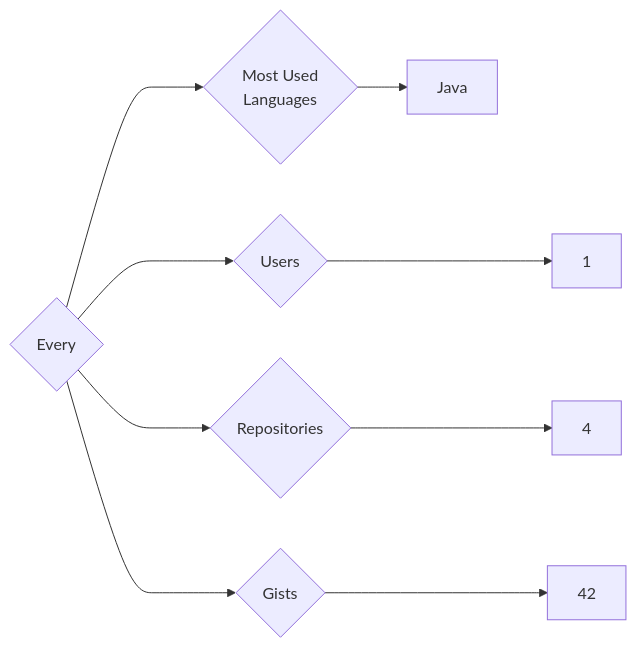
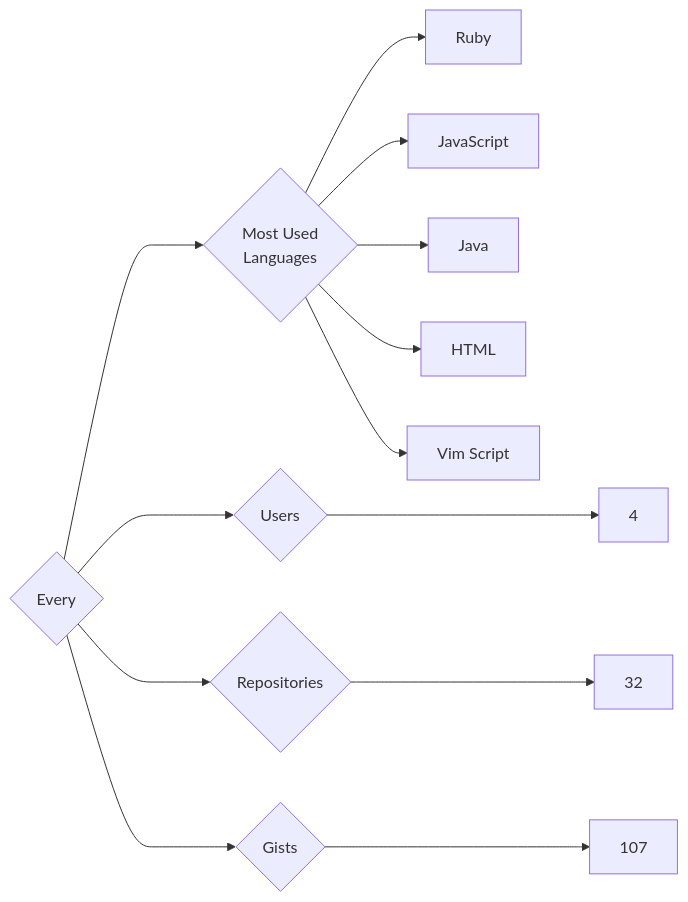
Before and after one commit to trickest/insiders: the diagram in targets/Every/README.md, drawn with Mermaid. The commit also changed 553 other files, not shown here.

````diff
--- a/targets/Every/README.md
+++ b/targets/Every/README.md
@@ -3,9 +3,13 @@
 ```mermaid
 graph LR
 COMPANY_NAME{Every}
-COMPANY_NAME ---> U{Users} ---> UN[1]
-COMPANY_NAME ---> R{Repositories} ---> RN[4]
-COMPANY_NAME ---> G{Gists} ---> GN[42]
+COMPANY_NAME ---> U{Users} ---> UN[4]
+COMPANY_NAME ---> R{Repositories} ---> RN[32]
+COMPANY_NAME ---> G{Gists} ---> GN[107]
 COMPANY_NAME ---> ML{Most Used<br>Languages}
+ML --> Ruby[Ruby]
+ML --> JavaScript[JavaScript]
 ML --> Java[Java]
+ML --> HTML[HTML]
+ML --> Vim_Script[Vim Script]
 ```
````
